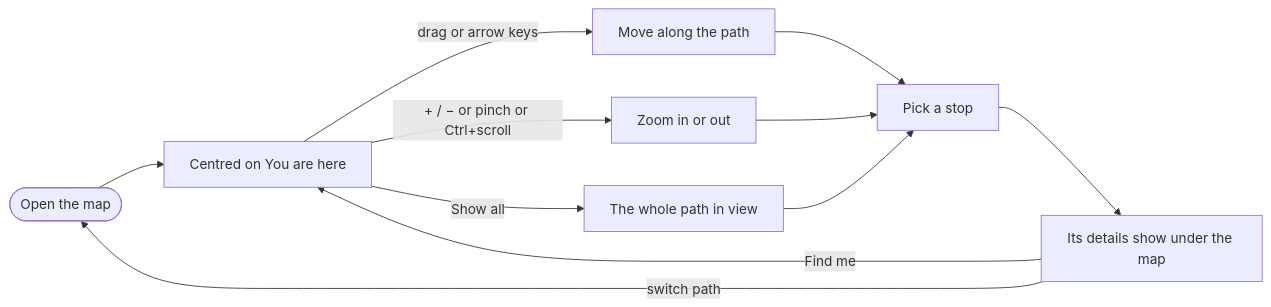
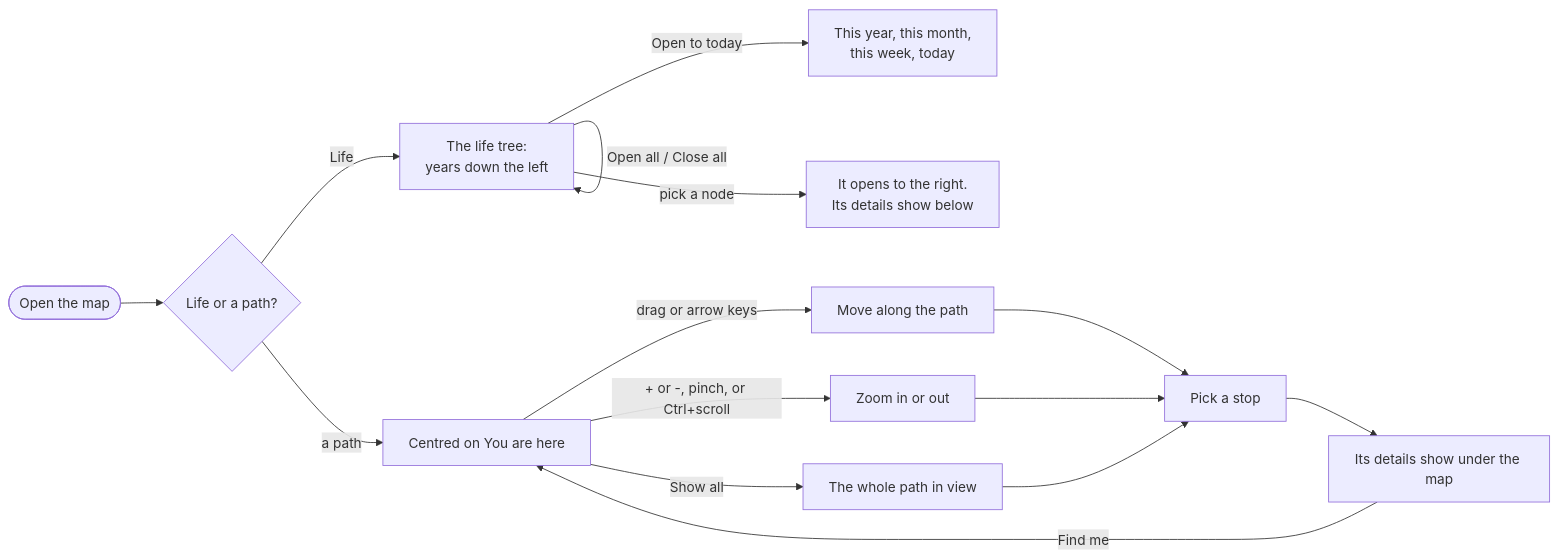
Before and after one commit to sih2006/Everything-A-Monash-Malaysia-Student-Would-Need: the sixth of 6 diagrams in docs/02-design/app-flow.md, drawn with Mermaid. The commit also changed other lines of this file and 30 other files, not shown here.

````diff
--- a/docs/02-design/app-flow.md
+++ b/docs/02-design/app-flow.md
@@ -126,13 +152,17 @@
 ```mermaid
 flowchart LR
-  open([Open the map]) --> here[Centred on You are here]
+  open([Open the map]) --> kind{Life or a path?}
+  kind -- Life --> tree[The life tree:<br/>years down the left]
+  tree -- Open to today --> today[This year, this month,<br/>this week, today]
+  tree -- Open all / Close all --> tree
+  tree -- pick a node --> branch[It opens to the right.<br/>Its details show below]
+  kind -- a path --> here[Centred on You are here]
   here -- drag or arrow keys --> pan[Move along the path]
-  here -- "+ / − or pinch or Ctrl+scroll" --> zoom[Zoom in or out]
+  here -- "+ or -, pinch, or Ctrl+scroll" --> zoom[Zoom in or out]
   here -- Show all --> fit[The whole path in view]
-  pan --> pick[Pick a stop]
-  zoom --> pick
-  fit --> pick
-  pick --> detail[Its details show under the map]
+  pan --> stop[Pick a stop]
+  zoom --> stop
+  fit --> stop
+  stop --> detail[Its details show under the map]
   detail -- Find me --> here
-  detail -- switch path --> open
 ```
````
